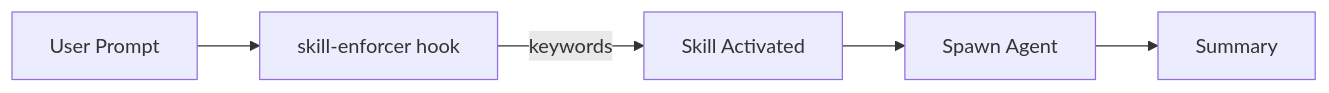
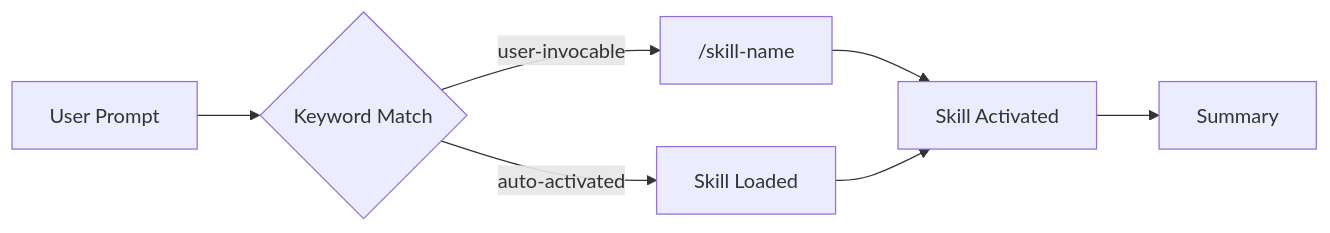
One commit to alexei-led/claude-code-config changed the fourth of 8 diagrams in GUIDE.md. Above: the diagram before and after it, drawn with Mermaid. The commit also changed other lines of this file and 1 other file, not shown here.

Commit message:
docs: update documentation for skill-based invocation

````diff
--- a/GUIDE.md
+++ b/GUIDE.md
@@ -302,7 +275,9 @@
 ```mermaid
 flowchart LR
-    Prompt[User Prompt] --> Enforcer[skill-enforcer hook]
-    Enforcer --> |keywords| Skill[Skill Activated]
-    Skill --> Agent[Spawn Agent]
-    Agent --> Result[Summary]
+    Prompt[User Prompt] --> Match{Keyword Match}
+    Match --> |user-invocable| Manual["/skill-name"]
+    Match --> |auto-activated| Auto[Skill Loaded]
+    Manual --> Skill[Skill Activated]
+    Auto --> Skill
+    Skill --> Result[Summary]
 ```
````
